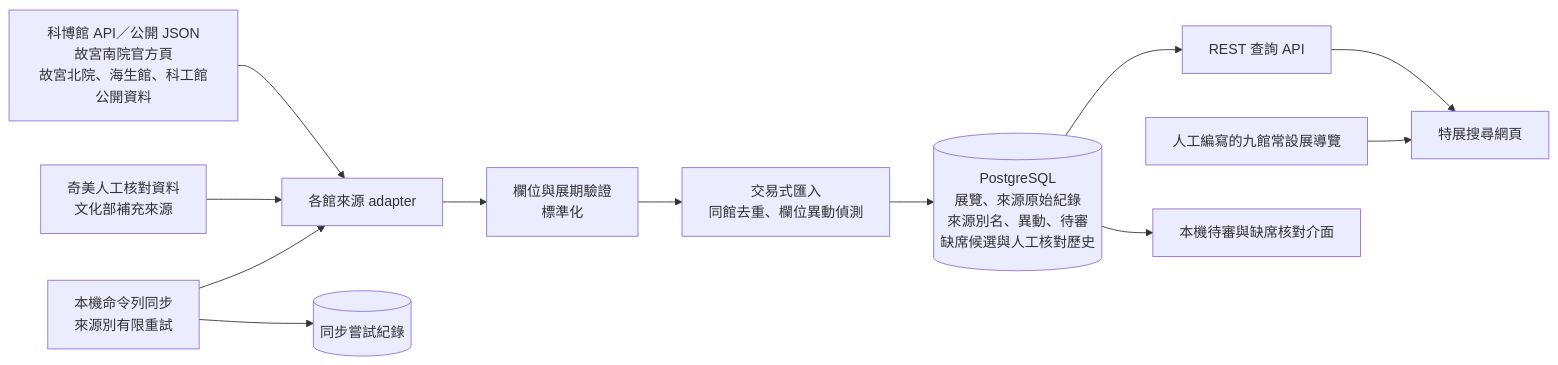
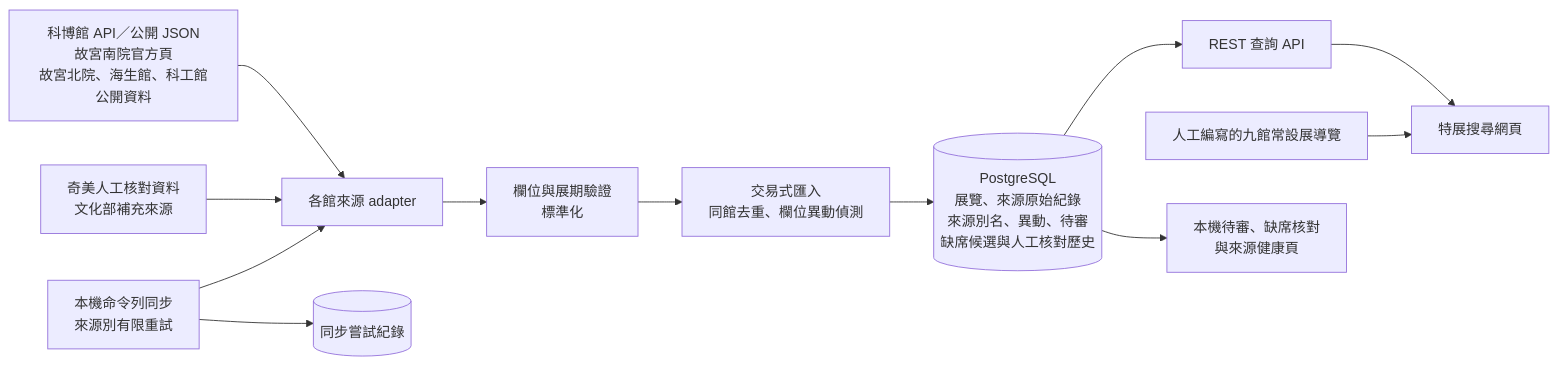
One commit to AndyLinStrongtyping/event-radar changed the diagram in docs/architecture.md. Above: the diagram before and after it, drawn with Mermaid. The commit also changed other lines of this file and 12 other files, not shown here.

````diff
--- a/docs/architecture.md
+++ b/docs/architecture.md
@@ -7,14 +7,14 @@
 ```mermaid
 flowchart LR
     A["科博館 API／公開 JSON<br/>故宮南院官方頁<br/>故宮北院、海生館、科工館公開資料"] --> B["各館來源 adapter"]
     C["奇美人工核對資料<br/>文化部補充來源"] --> B
     B --> D["欄位與展期驗證<br/>標準化"]
     D --> E["交易式匯入<br/>同館去重、欄位異動偵測"]
     E --> F[("PostgreSQL<br/>展覽、來源原始紀錄<br/>來源別名、異動、待審<br/>缺席候選與人工核對歷史")]
     G["本機命令列同步<br/>來源別有限重試"] --> B
     G --> H[("同步嘗試紀錄")]
     F --> I["REST 查詢 API"]
     I --> J["特展搜尋網頁"]
     K["人工編寫的九館常設展導覽"] --> J
-    F --> L["本機待審與缺席核對介面"]
+    F --> L["本機待審、缺席核對<br/>與來源健康頁"]
 ```
````
